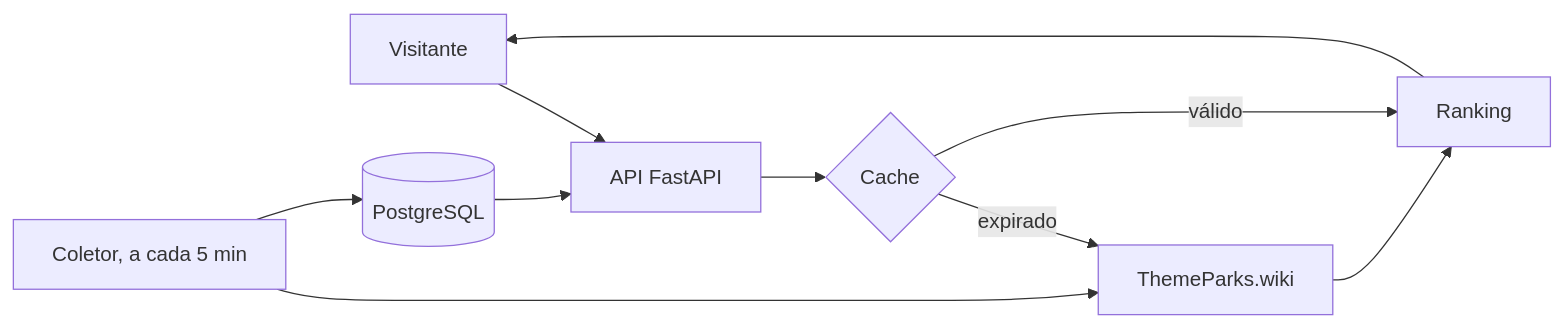
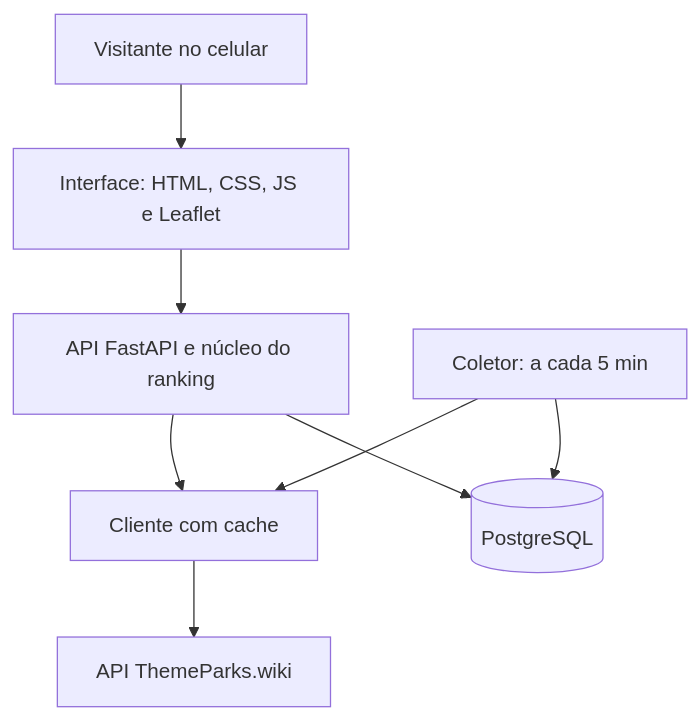
The diagram in src/content/projetos/nextup.md (GabrielFDA7/GabrielFDA7.github.io), drawn with Mermaid before and after one commit. The commit also changed other lines of this file and 8 other files, not shown here.

````diff
--- a/src/content/projetos/nextup.md
+++ b/src/content/projetos/nextup.md
@@ -40,12 +48,12 @@
 ```mermaid
-flowchart LR
-  U[Visitante] --> A[API FastAPI]
-  A --> C{Cache}
-  C -- expirado --> T[ThemeParks.wiki]
-  C -- válido --> R[Ranking]
-  T --> R
-  R --> U
-  K[Coletor, a cada 5 min] --> T
+flowchart TD
+  accTitle: Arquitetura do NextUp
+  accDescr: O visitante usa a interface, que chama a API. A API aplica o ranking e busca filas na ThemeParks.wiki, com cache. Um coletor grava o histórico no PostgreSQL a cada 5 minutos.
+  V[Visitante no celular] --> W[Interface: HTML, CSS, JS e Leaflet]
+  W --> A[API FastAPI e núcleo do ranking]
+  A --> C[Cliente com cache]
+  C --> T[API ThemeParks.wiki]
+  K[Coletor: a cada 5 min] --> C
   K --> B[(PostgreSQL)]
-  B --> A
+  A --> B
 ```
````
